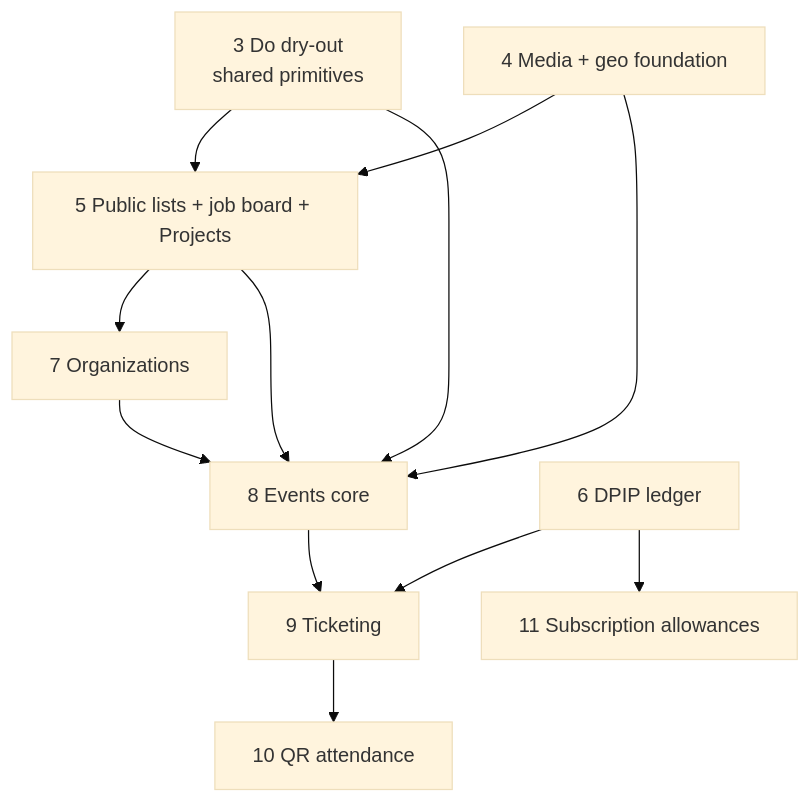
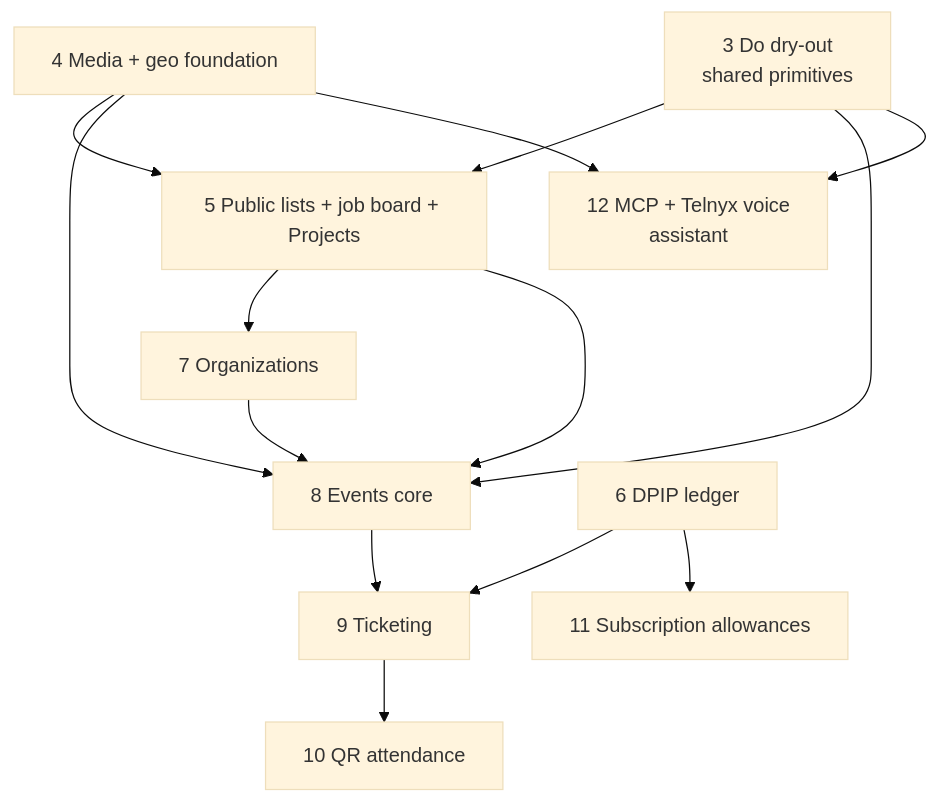
Before and after one commit to dupipcom/morpheus: the diagram in docs/plans/README.md, drawn with Mermaid (base theme). The commit also changed other lines of this file and 62 other files, not shown here.

````diff
--- a/docs/plans/README.md
+++ b/docs/plans/README.md
@@ -26,14 +27,16 @@
 ```mermaid
 graph TD
   P3[3 Do dry-out<br/>shared primitives] --> P5[5 Public lists + job board + Projects]
   P4[4 Media + geo foundation] --> P5
   P4 --> P8[8 Events core]
   P3 --> P8
   P5 --> P7[7 Organizations]
   P6[6 DPIP ledger] --> P9[9 Ticketing]
   P6 --> P11[11 Subscription allowances]
   P7 --> P8
   P8 --> P9
   P9 --> P10[10 QR attendance]
   P5 --> P8
+  P3 --> P12[12 MCP + Telnyx voice<br/>assistant]
+  P4 --> P12
 ```
````
